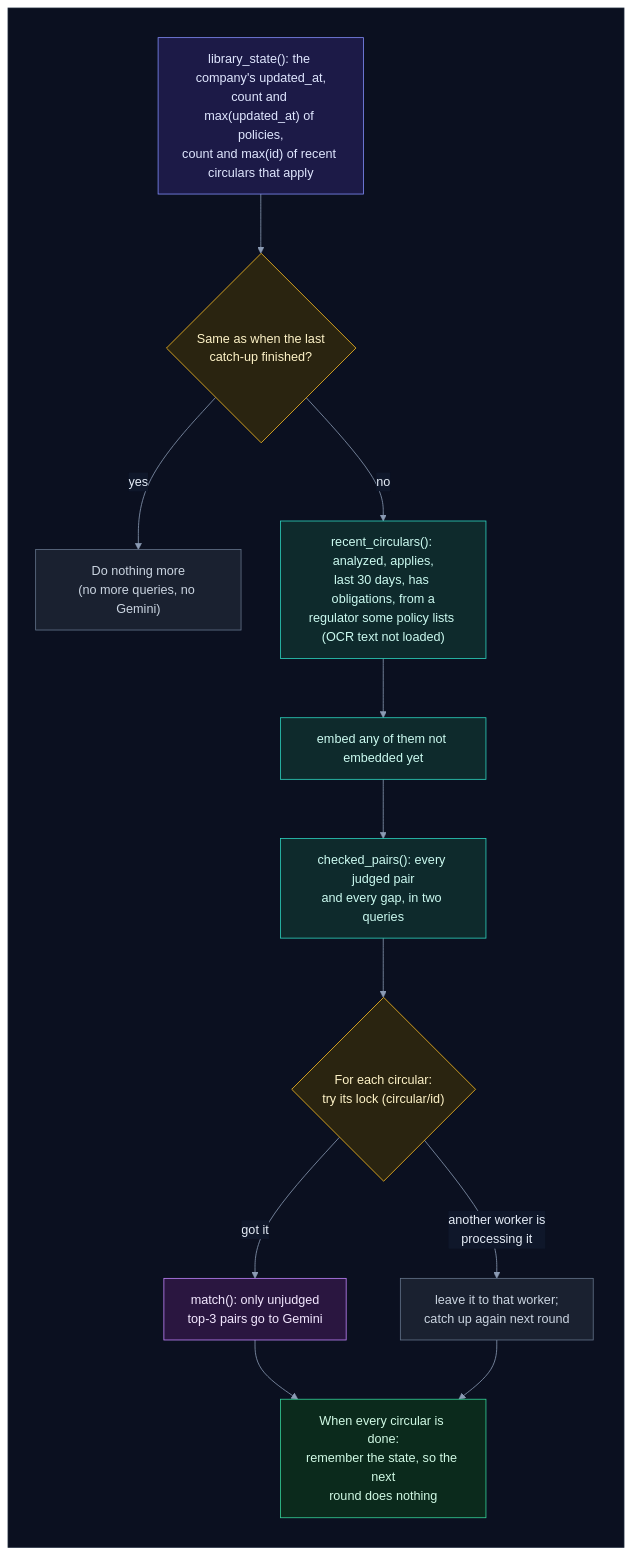
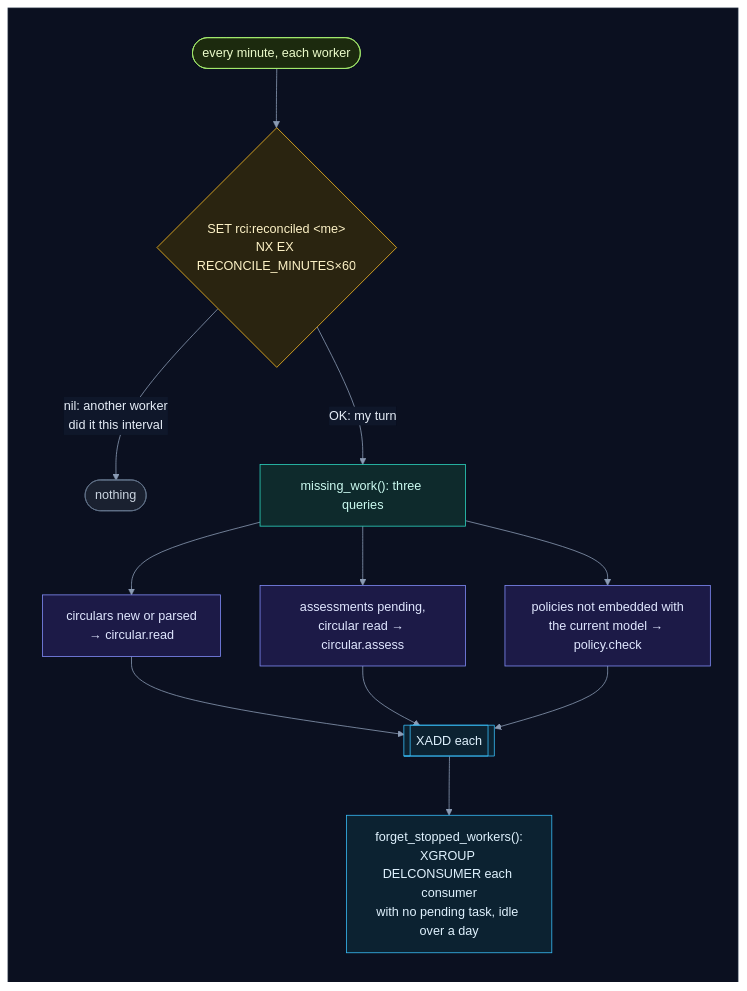
One commit to selvakumarperumal/Regulatory_Circular_Impact_Agent changed diagram 16 of 19 in backend/worker/INTERNALS.md. Above: the diagram before and after it, drawn with Mermaid. The commit also changed other lines of this file and 8 other files, not shown here.

Commit message:
Document the task queue and multi-company design

````diff
--- a/backend/worker/INTERNALS.md
+++ b/backend/worker/INTERNALS.md
@@ -811,33 +813,34 @@
 ```mermaid
 %%{init: {"theme": "base", "flowchart": {"diagramPadding": 0}, "themeVariables": {"darkMode": true, "primaryColor": "#16213a", "primaryTextColor": "#e6edf7", "primaryBorderColor": "#475a7a", "lineColor": "#8b9bb4", "secondaryColor": "#1b2436", "tertiaryColor": "#101a2e", "edgeLabelBackground": "#0f172a", "textColor": "#e2e8f0", "clusterBkg": "#0f1728", "clusterBorder": "#2b3a55", "titleColor": "#c4b5fd", "nodeTextColor": "#e6edf7"}}}%%
 flowchart TD
     subgraph canvas[" "]
         direction TB
-        state["library_state(): the company's updated_at,<br/>count and max(updated_at) of policies,<br/>count and max(id) of recent circulars that apply"] --> same{"Same as when the last<br/>catch-up finished?"}
-        same -->|"yes"| nothing["Do nothing more<br/>(no more queries, no Gemini)"]
-        same -->|"no"| recent["recent_circulars(): analyzed, applies,<br/>last 30 days, has obligations, from a<br/>regulator some policy lists (OCR text not loaded)"]
-        recent --> emb["embed any of them not embedded yet"]
-        emb --> pairs["checked_pairs(): every judged pair<br/>and every gap, in two queries"]
-        pairs --> each{"For each circular:<br/>try its lock (circular/id)"}
-        each -->|"another worker is<br/>processing it"| later["leave it to that worker;<br/>catch up again next round"]
-        each -->|"got it"| m["match(): only unjudged<br/>top-3 pairs go to Gemini"]
-        m --> fin["When every circular is done:<br/>remember the state, so the next<br/>round does nothing"]
-        later --> fin
+        tick(["every minute, each worker"]) --> nx{"SET rci:reconciled &lt;me&gt;<br/>NX EX RECONCILE_MINUTES×60"}
+        nx -->|"nil: another worker<br/>did it this interval"| skip(["nothing"])
+        nx -->|"OK: my turn"| mw["missing_work(): three queries"]
+        mw --> q1["circulars new or parsed<br/>→ circular.read"]
+        mw --> q2["assessments pending,<br/>circular read → circular.assess"]
+        mw --> q3["policies not embedded with<br/>the current model → policy.check"]
+        q1 --> add[["XADD each"]]
+        q2 --> add
+        q3 --> add
+        add --> gc["forget_stopped_workers():<br/>XGROUP DELCONSUMER each consumer<br/>with no pending task, idle over a day"]
     end
     classDef svc fill:#0e2a2c,stroke:#2dd4bf,color:#ccfbf1
     classDef data fill:#1c1a47,stroke:#818cf8,color:#e0e7ff
     classDef ext fill:#2a1640,stroke:#c084fc,color:#f3e8ff
     classDef gpu fill:#2d1b0c,stroke:#fb923c,color:#ffedd5
     classDef ask fill:#2a2410,stroke:#fbbf24,color:#fef3c7
     classDef ok fill:#0b2a1c,stroke:#34d399,color:#d1fae5
     classDef bad fill:#2e0f17,stroke:#fb7185,color:#ffe4e6
     classDef start fill:#1c2a0e,stroke:#a7ef6f,color:#ecfccb
     classDef muted fill:#1a2130,stroke:#64748b,color:#cbd5e1
-    class state data
-    class same,each ask
-    class nothing,later muted
-    class recent,emb,pairs svc
-    class m ext
-    class fin ok
+    classDef queue fill:#0c2231,stroke:#38bdf8,color:#e0f2fe
+    class tick start
+    class nx ask
+    class skip muted
+    class mw svc
+    class q1,q2,q3 data
+    class add,gc queue
     style canvas fill:#0b1020,stroke:#1e293b,color:#0b1020
 ```
````
